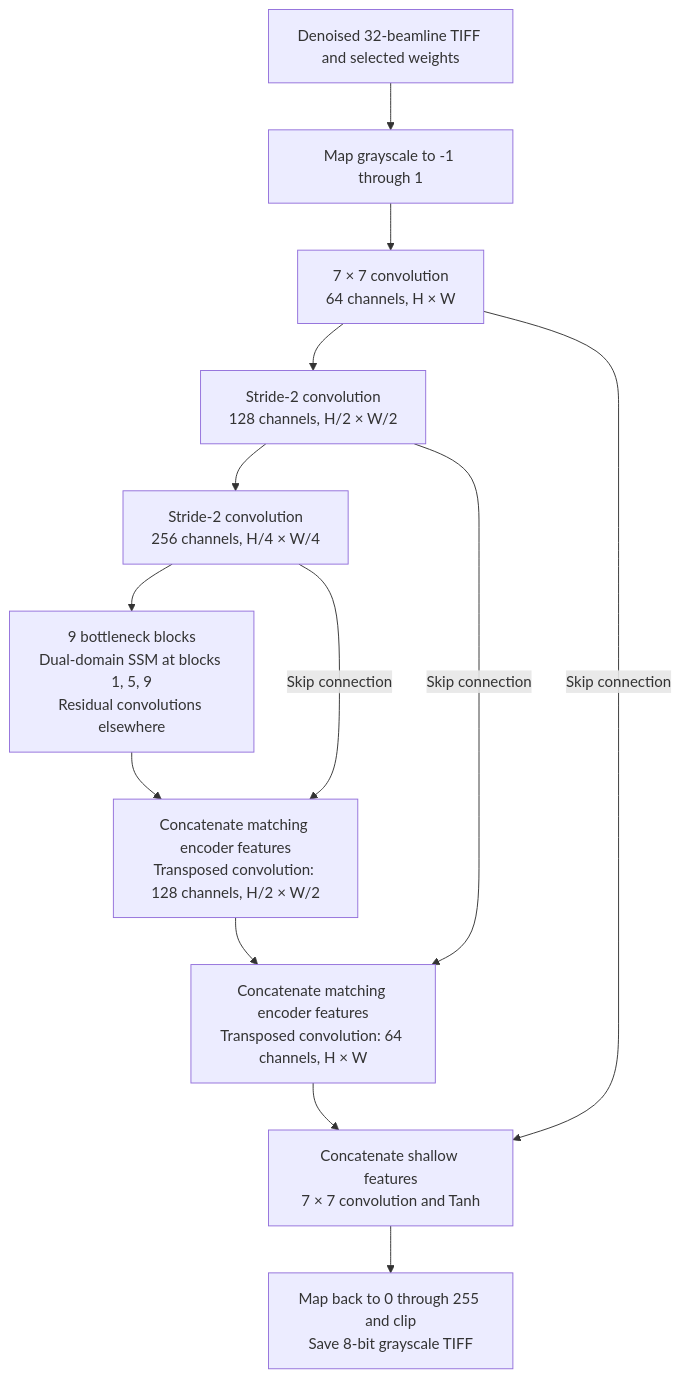
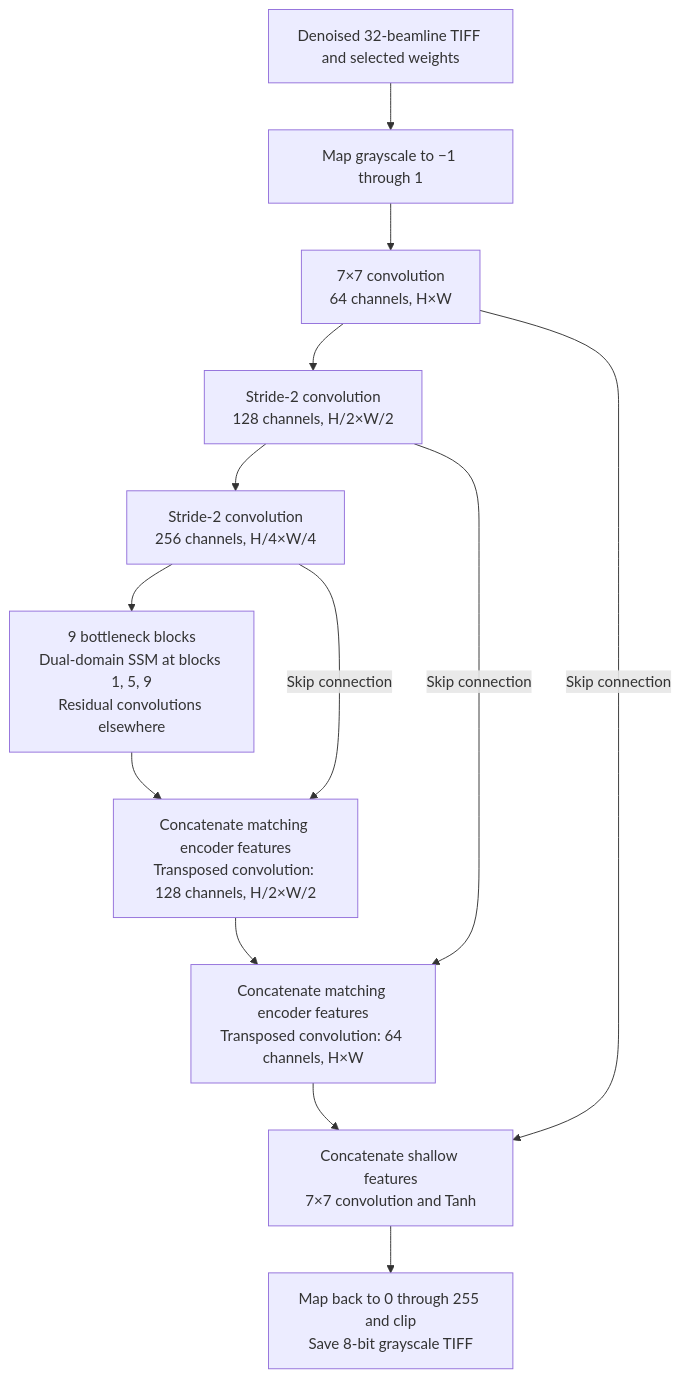
One commit to LumaVistaLab/hevc-ksvd-mamba-for-ultrasound changed the sixth of 7 diagrams in README.md. Above: the diagram before and after it, drawn with Mermaid. The commit also changed other lines of this file and 3 other files, not shown here.

````diff
--- a/README.md
+++ b/README.md
@@ -508,15 +508,15 @@
 ```mermaid
 flowchart TD
-    Input["Denoised 32-beamline TIFF and selected weights"] --> Normalize["Map grayscale to -1 through 1"]
-    Normalize --> E1["7 × 7 convolution<br/>64 channels, H × W"]
-    E1 --> E2["Stride-2 convolution<br/>128 channels, H/2 × W/2"]
-    E2 --> E3["Stride-2 convolution<br/>256 channels, H/4 × W/4"]
+    Input["Denoised 32-beamline TIFF and selected weights"] --> Normalize["Map grayscale to −1 through 1"]
+    Normalize --> E1["7×7 convolution<br/>64 channels, H×W"]
+    E1 --> E2["Stride-2 convolution<br/>128 channels, H/2×W/2"]
+    E2 --> E3["Stride-2 convolution<br/>256 channels, H/4×W/4"]
     E3 --> Bottleneck["9 bottleneck blocks<br/>Dual-domain SSM at blocks 1, 5, 9<br/>Residual convolutions elsewhere"]
-    Bottleneck --> D1["Concatenate matching encoder features<br/>Transposed convolution: 128 channels, H/2 × W/2"]
+    Bottleneck --> D1["Concatenate matching encoder features<br/>Transposed convolution: 128 channels, H/2×W/2"]
     E3 -->|Skip connection| D1
-    D1 --> D2["Concatenate matching encoder features<br/>Transposed convolution: 64 channels, H × W"]
+    D1 --> D2["Concatenate matching encoder features<br/>Transposed convolution: 64 channels, H×W"]
     E2 -->|Skip connection| D2
-    D2 --> Head["Concatenate shallow features<br/>7 × 7 convolution and Tanh"]
+    D2 --> Head["Concatenate shallow features<br/>7×7 convolution and Tanh"]
     E1 -->|Skip connection| Head
     Head --> Save["Map back to 0 through 255 and clip<br/>Save 8-bit grayscale TIFF"]
 ```
````
